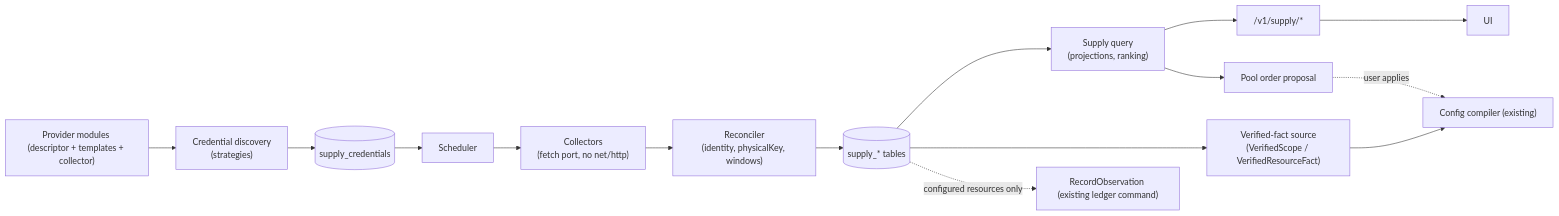
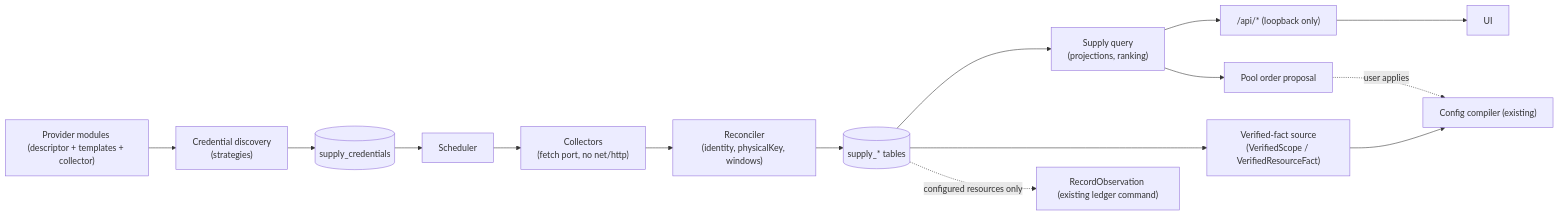
One commit to Jindequan/Ant changed the diagram in docs/design/11-SUPPLY-ENGINE.md. Above: the diagram before and after it, drawn with Mermaid. The commit also changed other lines of this file and 1 other file, not shown here.

````diff
--- a/docs/design/11-SUPPLY-ENGINE.md
+++ b/docs/design/11-SUPPLY-ENGINE.md
@@ -243,12 +243,12 @@
 ```mermaid
 flowchart LR
   Modules["Provider modules (descriptor + templates + collector)"] --> Discovery
   Discovery["Credential discovery\n(strategies)"] --> Creds[(supply_credentials)]
   Creds --> Scheduler --> Collectors["Collectors\n(fetch port, no net/http)"]
   Collectors --> Reconciler["Reconciler\n(identity, physicalKey, windows)"]
   Reconciler --> Supply[(supply_* tables)]
-  Supply --> Query["Supply query\n(projections, ranking)"] --> API["/v1/supply/*"] --> UI
+  Supply --> Query["Supply query\n(projections, ranking)"] --> API["/api/* (loopback only)"] --> UI
   Supply --> Facts["Verified-fact source\n(VerifiedScope / VerifiedResourceFact)"] --> Compiler["Config compiler (existing)"]
   Query --> Proposal["Pool order proposal"] -.user applies.-> Compiler
   Supply -.configured resources only.-> Observe["RecordObservation (existing ledger command)"]
 ```
````
